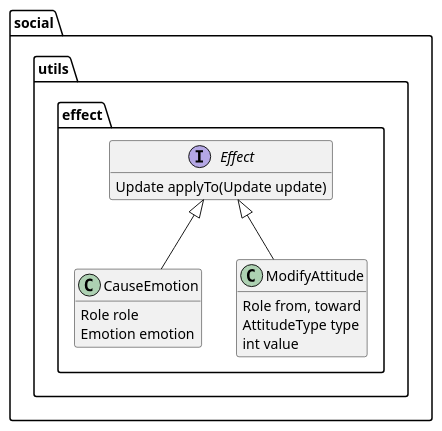
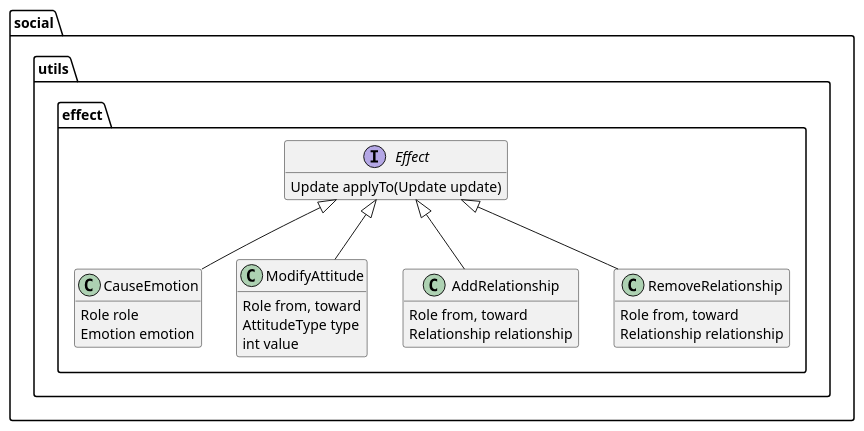
Before and after one commit to Orchaldir/SocialSimulation: the diagram in doc/design/effect.puml, drawn with PlantUML. The commit also changed 1 other file, not shown here.

Commit message:
[#11] Add effects & condition for relationship

```diff
--- a/doc/design/effect.puml
+++ b/doc/design/effect.puml
@@ -1,28 +1,40 @@
 @startuml
 
 hide empty members
 
 package social.utils.effect {
 
 interface Effect {
   Update applyTo(Update update)
 }
 
 class CauseEmotion {
   Role role
   Emotion emotion
 }
 
 class ModifyAttitude {
   Role from, toward
   AttitudeType type
   int value
 }
 
+class AddRelationship {
+  Role from, toward
+  Relationship relationship
+}
+
+class RemoveRelationship {
+  Role from, toward
+  Relationship relationship
+}
+
 }
 
 Effect <|-- CauseEmotion
 Effect <|-- ModifyAttitude
+Effect <|-- AddRelationship
+Effect <|-- RemoveRelationship
 
 
 @enduml
```
